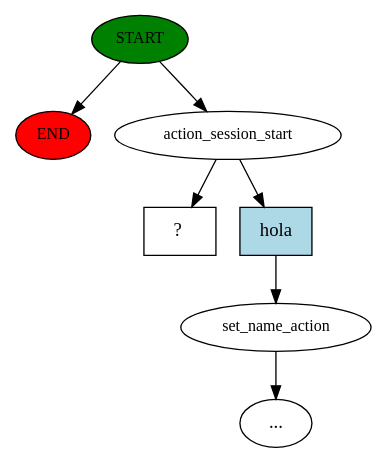
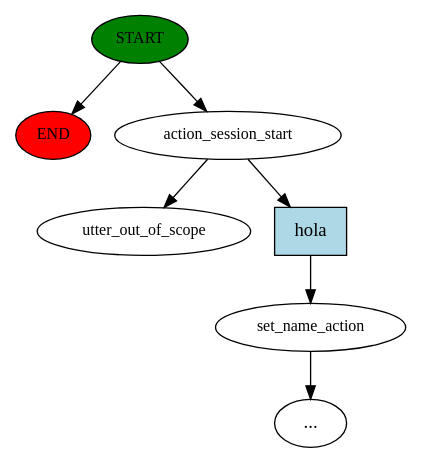
Before and after one commit to nachovera93/Sbpay_derivacion_castigo_Salcobrand: the diagram in story_graph.dot, drawn with Graphviz. The commit also changed 3 other files, not shown here.

```diff
--- a/story_graph.dot
+++ b/story_graph.dot
@@ -1,15 +1,15 @@
 digraph  {
 0 [class="start active", fillcolor=green, fontsize=12, label=START, style=filled];
 "-1" [class=end, fillcolor=red, fontsize=12, label=END, style=filled];
 1 [class=active, fontsize=12, label=action_session_start];
 2 [class="", fontsize=12, label=set_name_action];
 "-3" [class=ellipsis, label="..."];
-4 [class="intent dashed active", label="  ?  ", shape=rect];
+4 [class="dashed active", fontsize=12, label=utter_out_of_scope];
 5 [class=intent, fillcolor=lightblue, label=hola, shape=rect, style=filled];
 0 -> "-1"  [class="", key=NONE, label=""];
 0 -> 1  [class=active, key=NONE, label=""];
 1 -> 4  [class=active, key=NONE, label=""];
 1 -> 5  [class="", key=0];
 2 -> "-3"  [class="", key=NONE, label=""];
 5 -> 2  [class="", key=0];
 }
```
